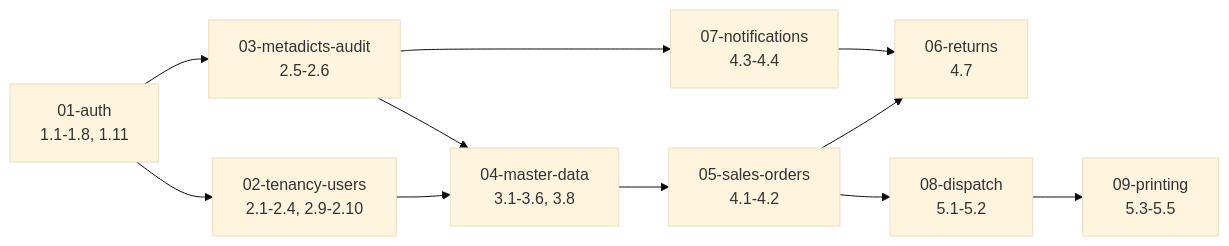
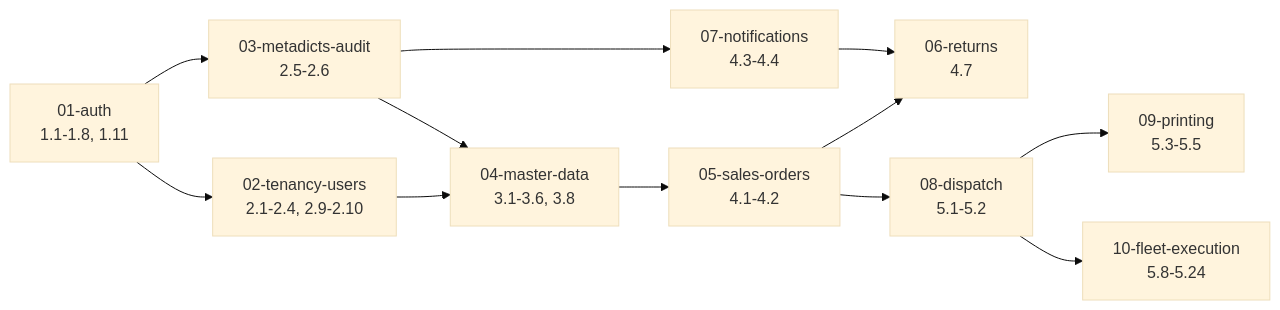
One commit to sw-ssd/sales-order-dispatch changed the diagram in docs/superpowers/plans/backend/detail/00-index.md. Above: the diagram before and after it, drawn with Mermaid (base theme). The commit also changed other lines of this file and 14 other files, not shown here.

````diff
--- a/docs/superpowers/plans/backend/detail/00-index.md
+++ b/docs/superpowers/plans/backend/detail/00-index.md
@@ -99,13 +100,14 @@
 ```mermaid
 flowchart LR
     A[01-auth<br/>1.1-1.8, 1.11] --> B[02-tenancy-users<br/>2.1-2.4, 2.9-2.10]
     A --> C[03-metadicts-audit<br/>2.5-2.6]
     B --> D[04-master-data<br/>3.1-3.6, 3.8]
     C --> D
     D --> E[05-sales-orders<br/>4.1-4.2]
     C --> F[07-notifications<br/>4.3-4.4]
     E --> G[06-returns<br/>4.7]
     F --> G
     E --> H[08-dispatch<br/>5.1-5.2]
     H --> I[09-printing<br/>5.3-5.5]
+    H --> J[10-fleet-execution<br/>5.8-5.24]
 ```
````
